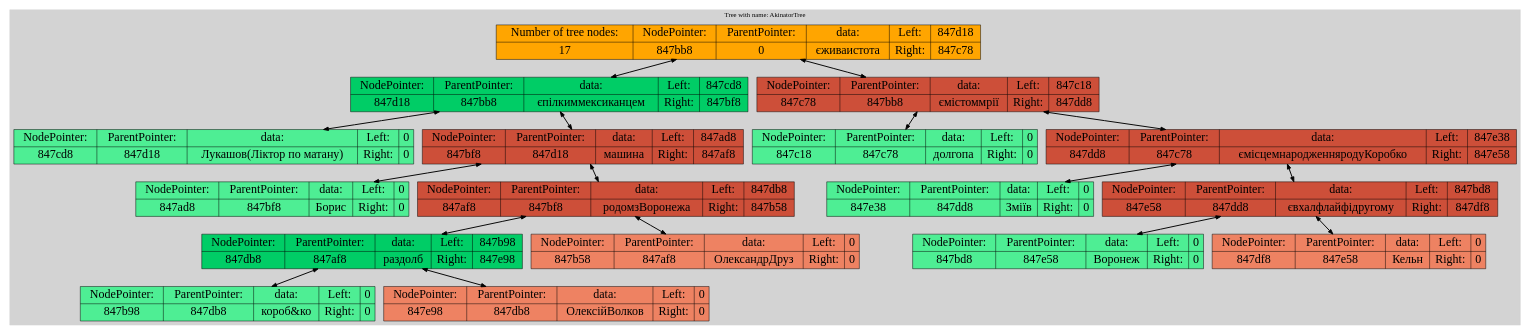
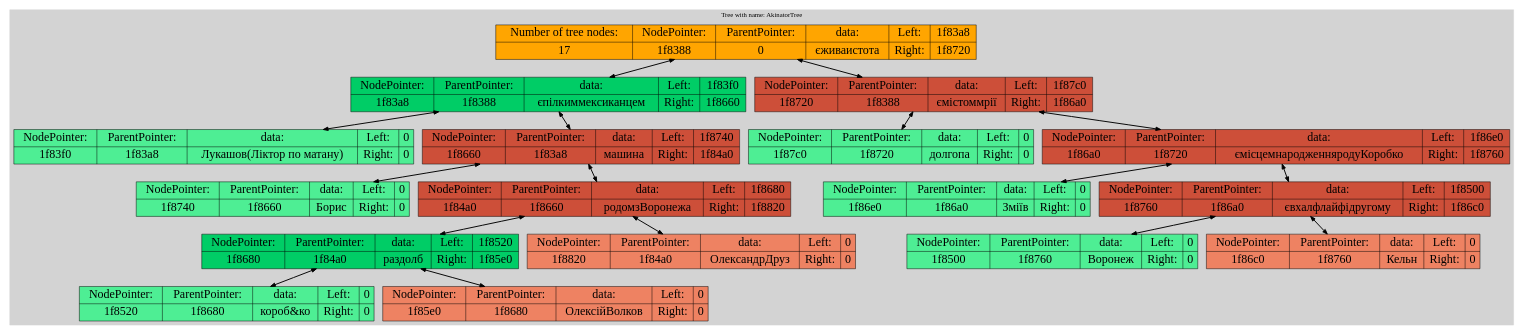
One commit to andreevmaxi/Akinator changed the diagram in Print_Of_Akinator_Tree/Print_Of_Akinator_Tree.dot. Above: the diagram before and after it, drawn with Graphviz. The commit also changed 28 other files, not shown here.

```diff
--- a/Print_Of_Akinator_Tree/Print_Of_Akinator_Tree.dot
+++ b/Print_Of_Akinator_Tree/Print_Of_Akinator_Tree.dot
@@ -1,41 +1,41 @@
 digraph G{
 node [fontname="Lobster", fontsize=25];
 rankdir=HR;
 subgraph clusterlist {
 style=filled;
 color=lightgrey;
-8682424 [shape=record, label="{Number of tree nodes: | 17} | {NodePointer:  | 847bb8} | {ParentPointer: | 0} | {data: | є жива истота} | {Left: | Right:} | {847d18 | 847c78}",style="filled",fillcolor="orange"];
-8682424->8682776[dir="both";style="bold"];
-8682424->8682616[dir="both";style="bold"];
-8682616 [shape=record, label="{NodePointer:  | 847c78} | {ParentPointer: | 847bb8} | {data: | є містом мрії} | {Left: | Right:} | {847c18 | 847dd8}",style="filled",fillcolor="tomato3"];
-8682616->8682520[dir="both";style="bold"];
-8682616->8682968[dir="both";style="bold"];
-8682968 [shape=record, label="{NodePointer:  | 847dd8} | {ParentPointer: | 847c78} | {data: | є місцем народження роду Коробко} | {Left: | Right:} | {847e38 | 847e58}",style="filled",fillcolor="tomato3"];
-8682968->8683064[dir="both";style="bold"];
-8682968->8683096[dir="both";style="bold"];
-8683096 [shape=record, label="{NodePointer:  | 847e58} | {ParentPointer: | 847dd8} | {data: | є в халф лайфі другому} | {Left: | Right:} | {847bd8 | 847df8}",style="filled",fillcolor="tomato3"];
-8683096->8682456[dir="both";style="bold"];
-8683096->8683000[dir="both";style="bold"];
-8683000 [shape=record, label="{NodePointer:  | 847df8} | {ParentPointer: | 847e58} | {data: | Кельн} | {Left: | Right:} | {0 | 0}",style="filled",fillcolor="salmon2"];
-8682456 [shape=record, label="{NodePointer:  | 847bd8} | {ParentPointer: | 847e58} | {data: | Воронеж} | {Left: | Right:} | {0 | 0}",style="filled",fillcolor="seagreen2"];
-8683064 [shape=record, label="{NodePointer:  | 847e38} | {ParentPointer: | 847dd8} | {data: | Зміїв} | {Left: | Right:} | {0 | 0}",style="filled",fillcolor="seagreen2"];
-8682520 [shape=record, label="{NodePointer:  | 847c18} | {ParentPointer: | 847c78} | {data: | долгопа} | {Left: | Right:} | {0 | 0}",style="filled",fillcolor="seagreen2"];
-8682776 [shape=record, label="{NodePointer:  | 847d18} | {ParentPointer: | 847bb8} | {data: | є пілким мексиканцем} | {Left: | Right:} | {847cd8 | 847bf8}",style="filled",fillcolor="springgreen3"];
-8682776->8682712[dir="both";style="bold"];
-8682776->8682488[dir="both";style="bold"];
-8682488 [shape=record, label="{NodePointer:  | 847bf8} | {ParentPointer: | 847d18} | {data: | машина} | {Left: | Right:} | {847ad8 | 847af8}",style="filled",fillcolor="tomato3"];
-8682488->8682200[dir="both";style="bold"];
-8682488->8682232[dir="both";style="bold"];
-8682232 [shape=record, label="{NodePointer:  | 847af8} | {ParentPointer: | 847bf8} | {data: | родом з Воронежа} | {Left: | Right:} | {847db8 | 847b58}",style="filled",fillcolor="tomato3"];
-8682232->8682936[dir="both";style="bold"];
-8682232->8682328[dir="both";style="bold"];
-8682328 [shape=record, label="{NodePointer:  | 847b58} | {ParentPointer: | 847af8} | {data: | Олександр Друз} | {Left: | Right:} | {0 | 0}",style="filled",fillcolor="salmon2"];
-8682936 [shape=record, label="{NodePointer:  | 847db8} | {ParentPointer: | 847af8} | {data: | раздолб} | {Left: | Right:} | {847b98 | 847e98}",style="filled",fillcolor="springgreen3"];
-8682936->8682392[dir="both";style="bold"];
-8682936->8683160[dir="both";style="bold"];
-8683160 [shape=record, label="{NodePointer:  | 847e98} | {ParentPointer: | 847db8} | {data: | Олексій Волков} | {Left: | Right:} | {0 | 0}",style="filled",fillcolor="salmon2"];
-8682392 [shape=record, label="{NodePointer:  | 847b98} | {ParentPointer: | 847db8} | {data: | короб&ко} | {Left: | Right:} | {0 | 0}",style="filled",fillcolor="seagreen2"];
-8682200 [shape=record, label="{NodePointer:  | 847ad8} | {ParentPointer: | 847bf8} | {data: | Борис} | {Left: | Right:} | {0 | 0}",style="filled",fillcolor="seagreen2"];
-8682712 [shape=record, label="{NodePointer:  | 847cd8} | {ParentPointer: | 847d18} | {data: | Лукашов(Ліктор по матану)} | {Left: | Right:} | {0 | 0}",style="filled",fillcolor="seagreen2"];
+2065288 [shape=record, label="{Number of tree nodes: | 17} | {NodePointer:  | 1f8388} | {ParentPointer: | 0} | {data: | є жива истота} | {Left: | Right:} | {1f83a8 | 1f8720}",style="filled",fillcolor="orange"];
+2065288->2065320[dir="both";style="bold"];
+2065288->2066208[dir="both";style="bold"];
+2066208 [shape=record, label="{NodePointer:  | 1f8720} | {ParentPointer: | 1f8388} | {data: | є містом мрії} | {Left: | Right:} | {1f87c0 | 1f86a0}",style="filled",fillcolor="tomato3"];
+2066208->2066368[dir="both";style="bold"];
+2066208->2066080[dir="both";style="bold"];
+2066080 [shape=record, label="{NodePointer:  | 1f86a0} | {ParentPointer: | 1f8720} | {data: | є місцем народження роду Коробко} | {Left: | Right:} | {1f86e0 | 1f8760}",style="filled",fillcolor="tomato3"];
+2066080->2066144[dir="both";style="bold"];
+2066080->2066272[dir="both";style="bold"];
+2066272 [shape=record, label="{NodePointer:  | 1f8760} | {ParentPointer: | 1f86a0} | {data: | є в халф лайфі другому} | {Left: | Right:} | {1f8500 | 1f86c0}",style="filled",fillcolor="tomato3"];
+2066272->2065664[dir="both";style="bold"];
+2066272->2066112[dir="both";style="bold"];
+2066112 [shape=record, label="{NodePointer:  | 1f86c0} | {ParentPointer: | 1f8760} | {data: | Кельн} | {Left: | Right:} | {0 | 0}",style="filled",fillcolor="salmon2"];
+2065664 [shape=record, label="{NodePointer:  | 1f8500} | {ParentPointer: | 1f8760} | {data: | Воронеж} | {Left: | Right:} | {0 | 0}",style="filled",fillcolor="seagreen2"];
+2066144 [shape=record, label="{NodePointer:  | 1f86e0} | {ParentPointer: | 1f86a0} | {data: | Зміїв} | {Left: | Right:} | {0 | 0}",style="filled",fillcolor="seagreen2"];
+2066368 [shape=record, label="{NodePointer:  | 1f87c0} | {ParentPointer: | 1f8720} | {data: | долгопа} | {Left: | Right:} | {0 | 0}",style="filled",fillcolor="seagreen2"];
+2065320 [shape=record, label="{NodePointer:  | 1f83a8} | {ParentPointer: | 1f8388} | {data: | є пілким мексиканцем} | {Left: | Right:} | {1f83f0 | 1f8660}",style="filled",fillcolor="springgreen3"];
+2065320->2065392[dir="both";style="bold"];
+2065320->2066016[dir="both";style="bold"];
+2066016 [shape=record, label="{NodePointer:  | 1f8660} | {ParentPointer: | 1f83a8} | {data: | машина} | {Left: | Right:} | {1f8740 | 1f84a0}",style="filled",fillcolor="tomato3"];
+2066016->2066240[dir="both";style="bold"];
+2066016->2065568[dir="both";style="bold"];
+2065568 [shape=record, label="{NodePointer:  | 1f84a0} | {ParentPointer: | 1f8660} | {data: | родом з Воронежа} | {Left: | Right:} | {1f8680 | 1f8820}",style="filled",fillcolor="tomato3"];
+2065568->2066048[dir="both";style="bold"];
+2065568->2066464[dir="both";style="bold"];
+2066464 [shape=record, label="{NodePointer:  | 1f8820} | {ParentPointer: | 1f84a0} | {data: | Олександр Друз} | {Left: | Right:} | {0 | 0}",style="filled",fillcolor="salmon2"];
+2066048 [shape=record, label="{NodePointer:  | 1f8680} | {ParentPointer: | 1f84a0} | {data: | раздолб} | {Left: | Right:} | {1f8520 | 1f85e0}",style="filled",fillcolor="springgreen3"];
+2066048->2065696[dir="both";style="bold"];
+2066048->2065888[dir="both";style="bold"];
+2065888 [shape=record, label="{NodePointer:  | 1f85e0} | {ParentPointer: | 1f8680} | {data: | Олексій Волков} | {Left: | Right:} | {0 | 0}",style="filled",fillcolor="salmon2"];
+2065696 [shape=record, label="{NodePointer:  | 1f8520} | {ParentPointer: | 1f8680} | {data: | короб&ко} | {Left: | Right:} | {0 | 0}",style="filled",fillcolor="seagreen2"];
+2066240 [shape=record, label="{NodePointer:  | 1f8740} | {ParentPointer: | 1f8660} | {data: | Борис} | {Left: | Right:} | {0 | 0}",style="filled",fillcolor="seagreen2"];
+2065392 [shape=record, label="{NodePointer:  | 1f83f0} | {ParentPointer: | 1f83a8} | {data: | Лукашов(Ліктор по матану)} | {Left: | Right:} | {0 | 0}",style="filled",fillcolor="seagreen2"];
 label = "Tree with name: AkinatorTree"}
 }
```
